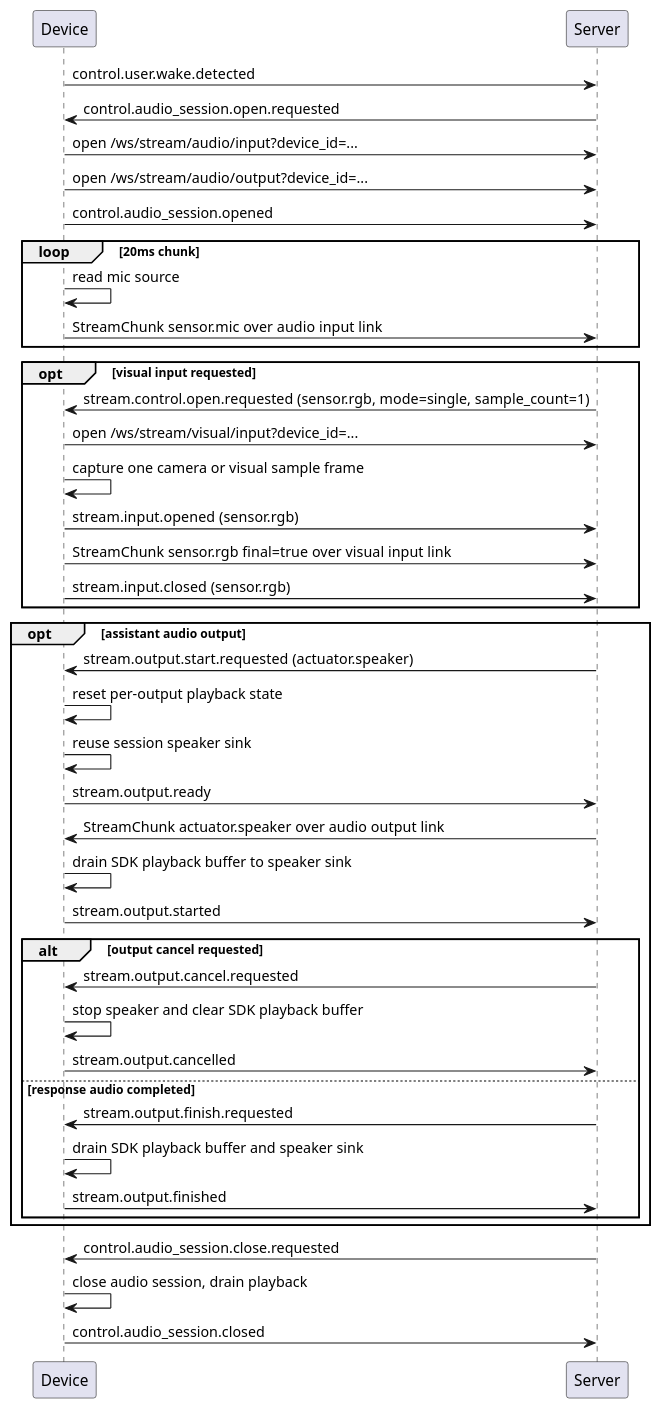
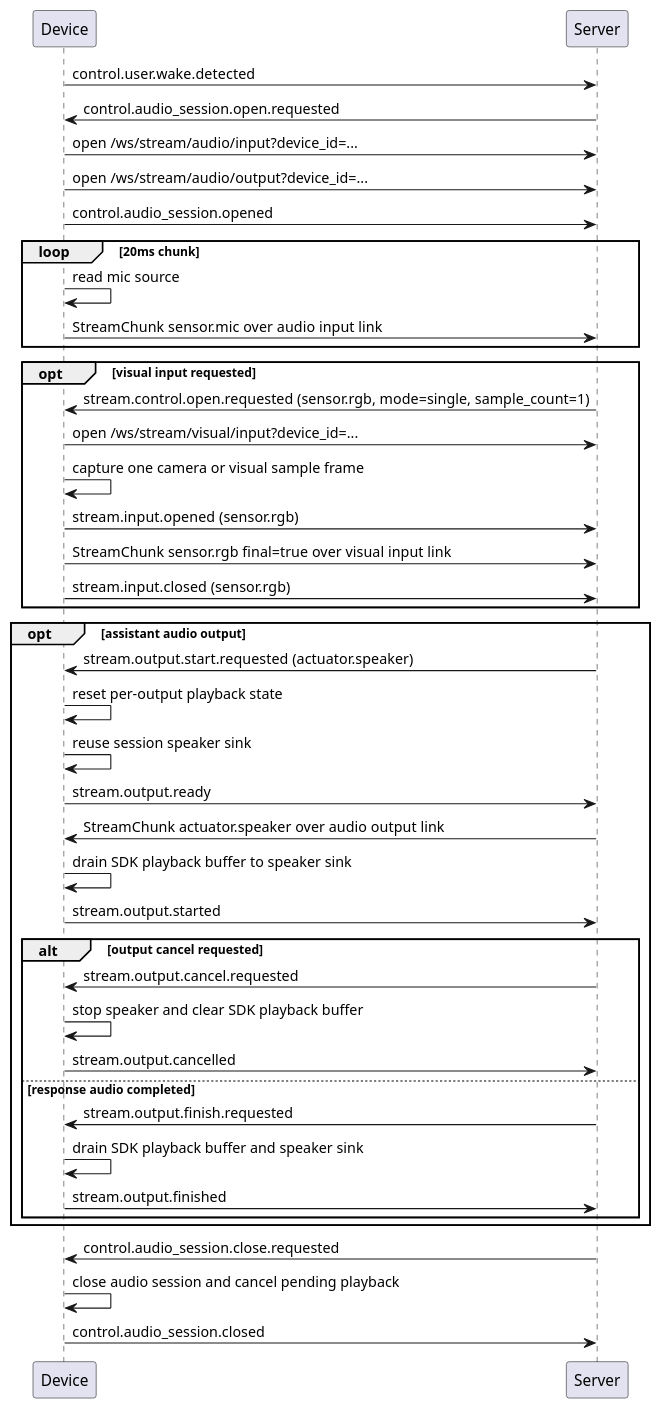
One commit to HengeLiu/RealtimeAgent changed the third of 4 diagrams in devices/docs/device-event-behavior.md. Above: the diagram before and after it, drawn with PlantUML. The commit also changed other lines of this file and 11 other files, not shown here.

````diff
--- a/devices/docs/device-event-behavior.md
+++ b/devices/docs/device-event-behavior.md
@@ -150,45 +203,45 @@
 ```plantuml
 @startuml
 participant Device
 participant Server
 
 Device -> Server: control.user.wake.detected
 Server -> Device: control.audio_session.open.requested
 Device -> Server: open /ws/stream/audio/input?device_id=...
 Device -> Server: open /ws/stream/audio/output?device_id=...
 Device -> Server: control.audio_session.opened
 loop 20ms chunk
   Device -> Device: read mic source
   Device -> Server: StreamChunk sensor.mic over audio input link
 end
 opt visual input requested
   Server -> Device: stream.control.open.requested (sensor.rgb, mode=single, sample_count=1)
   Device -> Server: open /ws/stream/visual/input?device_id=...
   Device -> Device: capture one camera or visual sample frame
   Device -> Server: stream.input.opened (sensor.rgb)
   Device -> Server: StreamChunk sensor.rgb final=true over visual input link
   Device -> Server: stream.input.closed (sensor.rgb)
 end
 opt assistant audio output
   Server -> Device: stream.output.start.requested (actuator.speaker)
   Device -> Device: reset per-output playback state
   Device -> Device: reuse session speaker sink
   Device -> Server: stream.output.ready
   Server -> Device: StreamChunk actuator.speaker over audio output link
   Device -> Device: drain SDK playback buffer to speaker sink
   Device -> Server: stream.output.started
   alt output cancel requested
     Server -> Device: stream.output.cancel.requested
     Device -> Device: stop speaker and clear SDK playback buffer
     Device -> Server: stream.output.cancelled
   else response audio completed
     Server -> Device: stream.output.finish.requested
     Device -> Device: drain SDK playback buffer and speaker sink
     Device -> Server: stream.output.finished
   end
 end
 Server -> Device: control.audio_session.close.requested
-Device -> Device: close audio session, drain playback
+Device -> Device: close audio session and cancel pending playback
 Device -> Server: control.audio_session.closed
 @enduml
 ```
````
